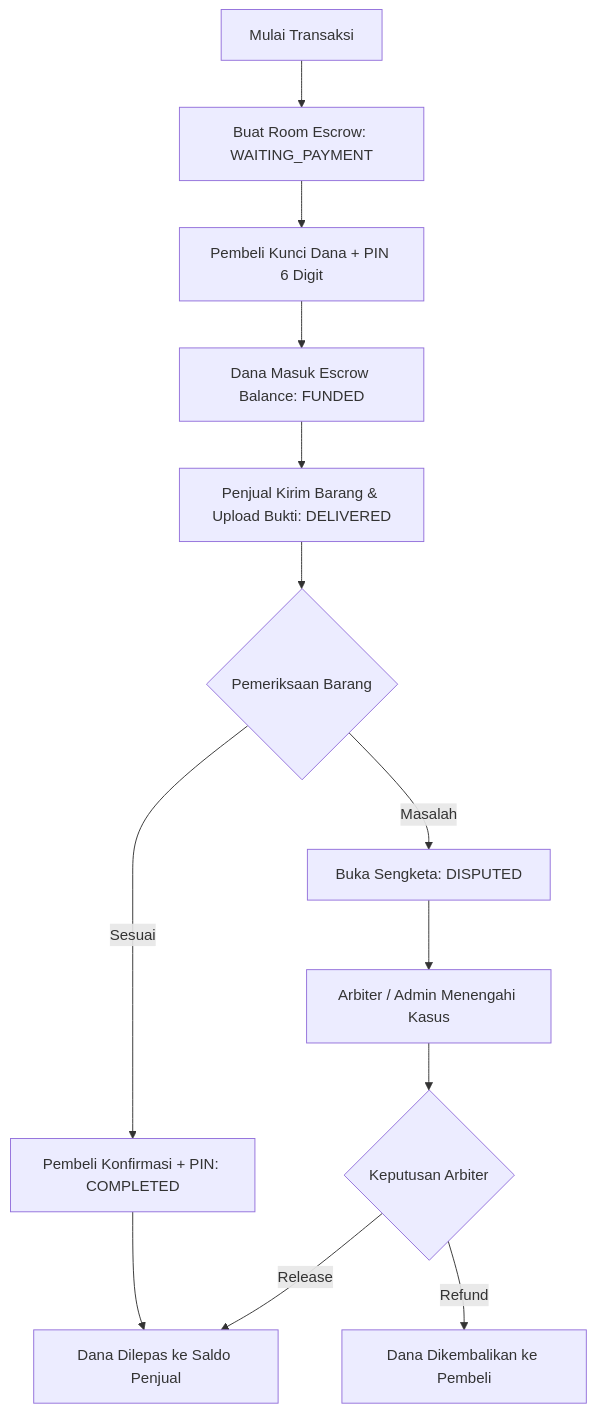
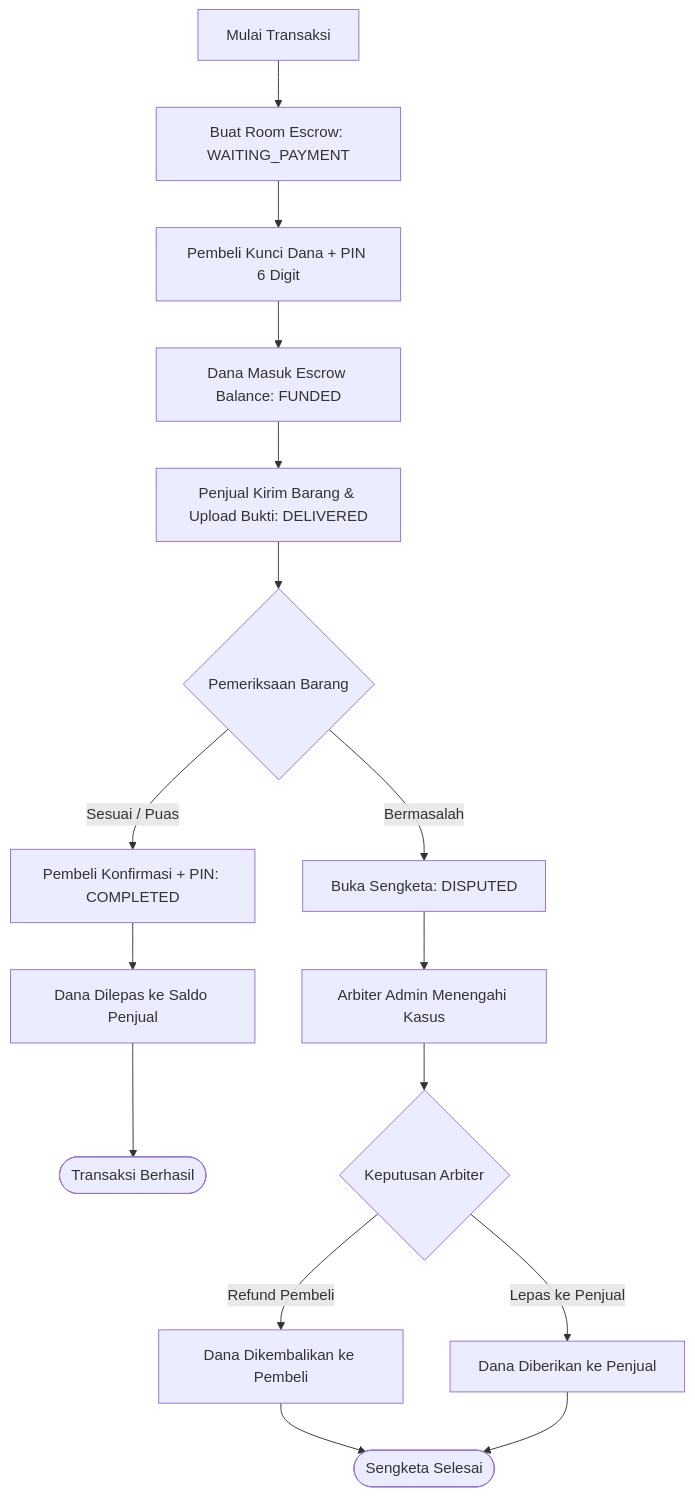
The second of 2 diagrams in README.md (RichkyRahmadan/Eyes-Of-Priestess-V2), drawn with Mermaid before and after one commit. The commit also changed other lines of this file and 1 other file, not shown here.

Commit message:
docs: regenerate Mermaid flowcharts with strict single-direction zero-crossing layout

````diff
--- a/README.md
+++ b/README.md
@@ -221,15 +241,22 @@
 ```mermaid
 flowchart TD
     A[Mulai Transaksi] --> B[Buat Room Escrow: WAITING_PAYMENT]
     B --> C[Pembeli Kunci Dana + PIN 6 Digit]
     C --> D[Dana Masuk Escrow Balance: FUNDED]
     D --> E[Penjual Kirim Barang & Upload Bukti: DELIVERED]
     E --> F{Pemeriksaan Barang}
-    F -- Sesuai --> G[Pembeli Konfirmasi + PIN: COMPLETED]
+    
+    %% Jalur Sukses
+    F -- Sesuai / Puas --> G[Pembeli Konfirmasi + PIN: COMPLETED]
     G --> H[Dana Dilepas ke Saldo Penjual]
-    F -- Masalah --> I[Buka Sengketa: DISPUTED]
-    I --> J[Arbiter / Admin Menengahi Kasus]
+    H --> END1([Transaksi Berhasil])
+
+    %% Jalur Sengketa
+    F -- Bermasalah --> I[Buka Sengketa: DISPUTED]
+    I --> J[Arbiter Admin Menengahi Kasus]
     J --> K{Keputusan Arbiter}
-    K -- Refund --> L[Dana Dikembalikan ke Pembeli]
-    K -- Release --> H
+    K -- Refund Pembeli --> L[Dana Dikembalikan ke Pembeli]
+    K -- Lepas ke Penjual --> M[Dana Diberikan ke Penjual]
+    L --> END2([Sengketa Selesai])
+    M --> END2
 ```
````
